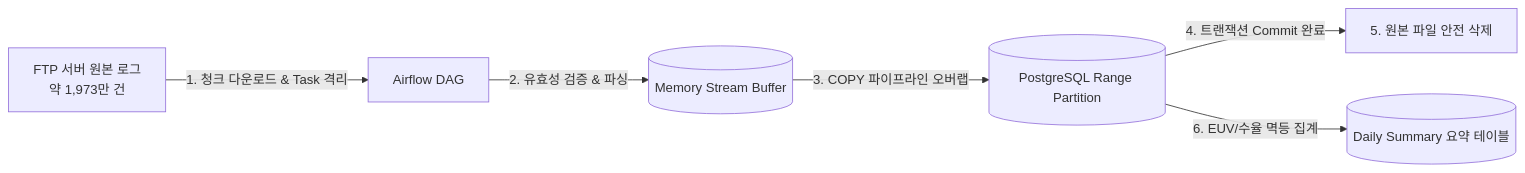
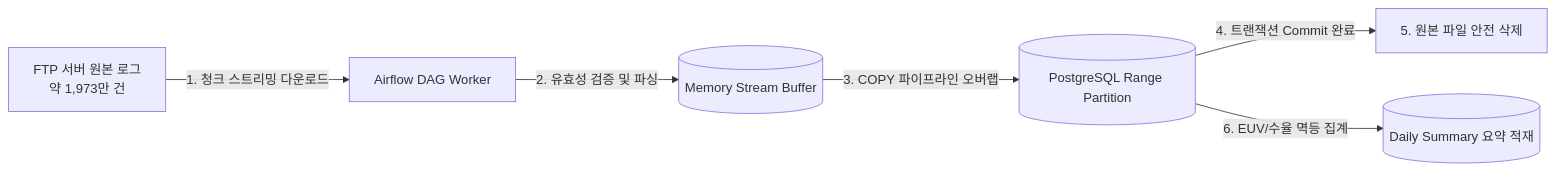
The second of 2 diagrams in README.md (junho0831/junho0831), drawn with Mermaid before and after one commit. The commit also changed other lines of this file, not shown here.

Commit message:
fix: Mermaid 문법 구문 오류 수정 및 외부 503 통계 이미지 제거

````diff
--- a/README.md
+++ b/README.md
@@ -91,8 +93,8 @@
 ```mermaid
 flowchart LR
-    FTP[FTP 서버 원본 로그<br/>약 1,973만 건] -->|1. 청크 다운로드 & Task 격리| AF[Airflow DAG]
-    AF -->|2. 유효성 검증 & 파싱| Q[(Memory Stream Buffer)]
-    Q -->|3. COPY 파이프라인 오버랩| DB[(PostgreSQL Range Partition)]
-    DB -->|4. 트랜잭션 Commit 완료| CL[5. 원본 파일 안전 삭제]
-    DB -->|6. EUV/수율 멱등 집계| IDEM[(Daily Summary 요약 테이블)]
+    FTP["FTP 서버 원본 로그<br/>약 1,973만 건"] -->|1. 청크 스트리밍 다운로드| AF["Airflow DAG Worker"]
+    AF -->|2. 유효성 검증 및 파싱| Q[("Memory Stream Buffer")]
+    Q -->|3. COPY 파이프라인 오버랩| DB[("PostgreSQL Range Partition")]
+    DB -->|4. 트랜잭션 Commit 완료| CL["5. 원본 파일 안전 삭제"]
+    DB -->|6. EUV/수율 멱등 집계| IDEM[("Daily Summary 요약 적재")]
 ```
````
